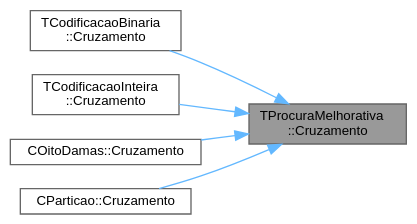
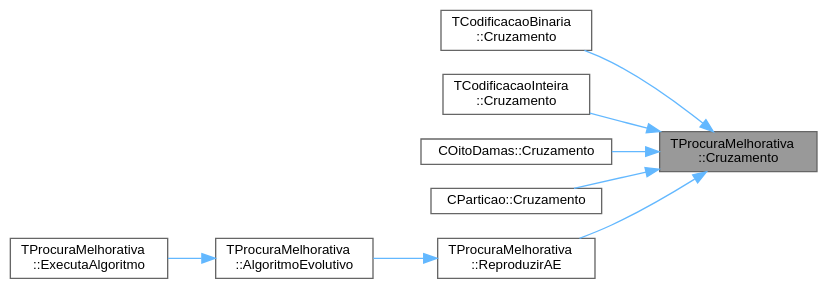
One commit to jcoelho72/TProcura changed the diagram in classTProcuraMelhorativa_a36607136095d36b87357cce021eeab29_icgraph.dot. Above: the diagram before and after it, drawn with Graphviz. The commit also changed 301 other files, not shown here.

```diff
--- a/classTProcuraMelhorativa_a36607136095d36b87357cce021eeab29_icgraph.dot
+++ b/classTProcuraMelhorativa_a36607136095d36b87357cce021eeab29_icgraph.dot
@@ -1,17 +1,23 @@
 digraph "TProcuraMelhorativa::Cruzamento"
 {
  // LATEX_PDF_SIZE
   bgcolor="transparent";
   edge [fontname=Helvetica,fontsize=10,labelfontname=Helvetica,labelfontsize=10];
   node [fontname=Helvetica,fontsize=10,shape=box,height=0.2,width=0.4];
   rankdir="RL";
   Node1 [id="Node000001",label="TProcuraMelhorativa\l::Cruzamento",height=0.2,width=0.4,color="gray40", fillcolor="grey60", style="filled", fontcolor="black",tooltip=" "];
-  Node1 -> Node2 [id="edge5_Node000001_Node000002",dir="back",color="steelblue1",style="solid",tooltip=" "];
+  Node1 -> Node2 [id="edge8_Node000001_Node000002",dir="back",color="steelblue1",style="solid",tooltip=" "];
   Node2 [id="Node000002",label="TCodificacaoBinaria\l::Cruzamento",height=0.2,width=0.4,color="grey40", fillcolor="white", style="filled",URL="$classTCodificacaoBinaria.html#ac8df002987d87aa7ecaa43e6d833bfdd",tooltip=" "];
-  Node1 -> Node3 [id="edge6_Node000001_Node000003",dir="back",color="steelblue1",style="solid",tooltip=" "];
+  Node1 -> Node3 [id="edge9_Node000001_Node000003",dir="back",color="steelblue1",style="solid",tooltip=" "];
   Node3 [id="Node000003",label="TCodificacaoInteira\l::Cruzamento",height=0.2,width=0.4,color="grey40", fillcolor="white", style="filled",URL="$classTCodificacaoInteira.html#a2f8b171459b12aa418f6e4bed17af74e",tooltip=" "];
-  Node1 -> Node4 [id="edge7_Node000001_Node000004",dir="back",color="steelblue1",style="solid",tooltip=" "];
+  Node1 -> Node4 [id="edge10_Node000001_Node000004",dir="back",color="steelblue1",style="solid",tooltip=" "];
   Node4 [id="Node000004",label="COitoDamas::Cruzamento",height=0.2,width=0.4,color="grey40", fillcolor="white", style="filled",URL="$classCOitoDamas.html#a1d576da54373b82c1eb9c3a34c056079",tooltip=" "];
-  Node1 -> Node5 [id="edge8_Node000001_Node000005",dir="back",color="steelblue1",style="solid",tooltip=" "];
+  Node1 -> Node5 [id="edge11_Node000001_Node000005",dir="back",color="steelblue1",style="solid",tooltip=" "];
   Node5 [id="Node000005",label="CParticao::Cruzamento",height=0.2,width=0.4,color="grey40", fillcolor="white", style="filled",URL="$classCParticao.html#a66758c2a7806b6c11135296959a31ad4",tooltip=" "];
+  Node1 -> Node6 [id="edge12_Node000001_Node000006",dir="back",color="steelblue1",style="solid",tooltip=" "];
+  Node6 [id="Node000006",label="TProcuraMelhorativa\l::ReproduzirAE",height=0.2,width=0.4,color="grey40", fillcolor="white", style="filled",URL="$classTProcuraMelhorativa.html#a6e863f6050021221dfd3ba7815d1c79c",tooltip=" "];
+  Node6 -> Node7 [id="edge13_Node000006_Node000007",dir="back",color="steelblue1",style="solid",tooltip=" "];
+  Node7 [id="Node000007",label="TProcuraMelhorativa\l::AlgoritmoEvolutivo",height=0.2,width=0.4,color="grey40", fillcolor="white", style="filled",URL="$classTProcuraMelhorativa.html#a6e7a1d0f1281eae6bf3fbbc7fa5f4026",tooltip=" "];
+  Node7 -> Node8 [id="edge14_Node000007_Node000008",dir="back",color="steelblue1",style="solid",tooltip=" "];
+  Node8 [id="Node000008",label="TProcuraMelhorativa\l::ExecutaAlgoritmo",height=0.2,width=0.4,color="grey40", fillcolor="white", style="filled",URL="$classTProcuraMelhorativa.html#af101526489df420431d22477e317fb33",tooltip="Executa o algoritmo com os parametros atuais."];
 }
```
